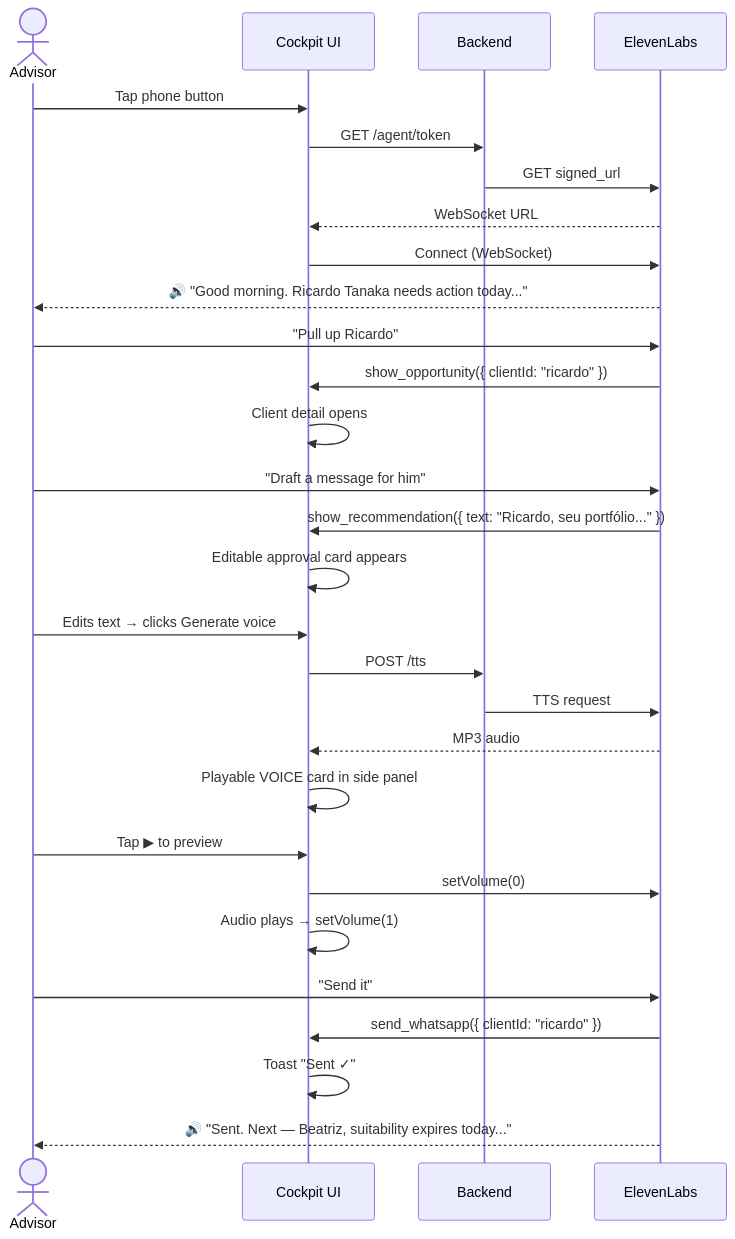
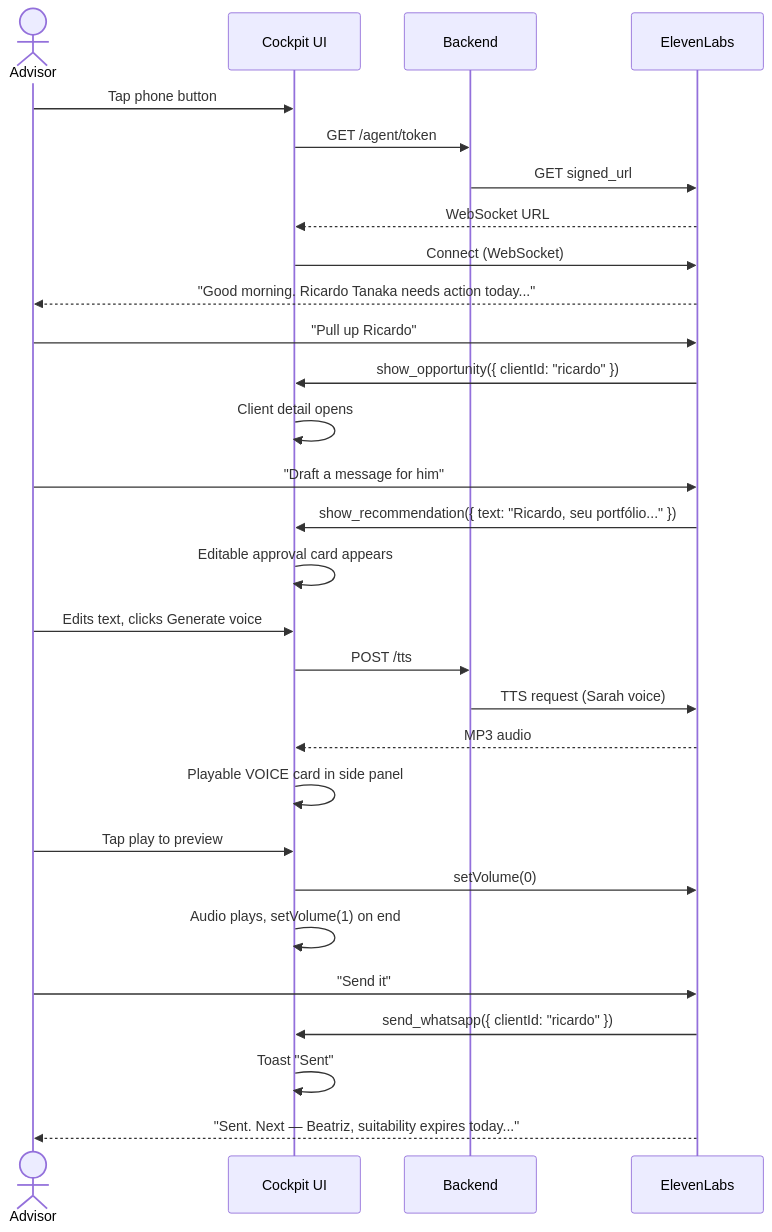
One commit to thoravieira/wealth-advisor-hub changed the second of 2 diagrams in README.md. Above: the diagram before and after it, drawn with Mermaid. The commit also changed other lines of this file and 3 other files, not shown here.

````diff
--- a/README.md
+++ b/README.md
@@ -62,37 +92,37 @@
 ```mermaid
 sequenceDiagram
     actor Advisor
     participant UI as Cockpit UI
     participant Backend
     participant EL as ElevenLabs
 
     Advisor->>UI: Tap phone button
     UI->>Backend: GET /agent/token
     Backend->>EL: GET signed_url
     EL-->>UI: WebSocket URL
     UI->>EL: Connect (WebSocket)
-    EL-->>Advisor: 🔊 "Good morning. Ricardo Tanaka needs action today..."
+    EL-->>Advisor: "Good morning. Ricardo Tanaka needs action today..."
 
     Advisor->>EL: "Pull up Ricardo"
     EL->>UI: show_opportunity({ clientId: "ricardo" })
     UI->>UI: Client detail opens
 
     Advisor->>EL: "Draft a message for him"
     EL->>UI: show_recommendation({ text: "Ricardo, seu portfólio..." })
     UI->>UI: Editable approval card appears
 
-    Advisor->>UI: Edits text → clicks Generate voice
+    Advisor->>UI: Edits text, clicks Generate voice
     UI->>Backend: POST /tts
-    Backend->>EL: TTS request
+    Backend->>EL: TTS request (Sarah voice)
     EL-->>UI: MP3 audio
     UI->>UI: Playable VOICE card in side panel
 
-    Advisor->>UI: Tap ▶ to preview
+    Advisor->>UI: Tap play to preview
     UI->>EL: setVolume(0)
-    UI->>UI: Audio plays → setVolume(1)
+    UI->>UI: Audio plays, setVolume(1) on end
 
     Advisor->>EL: "Send it"
     EL->>UI: send_whatsapp({ clientId: "ricardo" })
-    UI->>UI: Toast "Sent ✓"
-    EL-->>Advisor: 🔊 "Sent. Next — Beatriz, suitability expires today..."
+    UI->>UI: Toast "Sent"
+    EL-->>Advisor: "Sent. Next — Beatriz, suitability expires today..."
 ```
````
